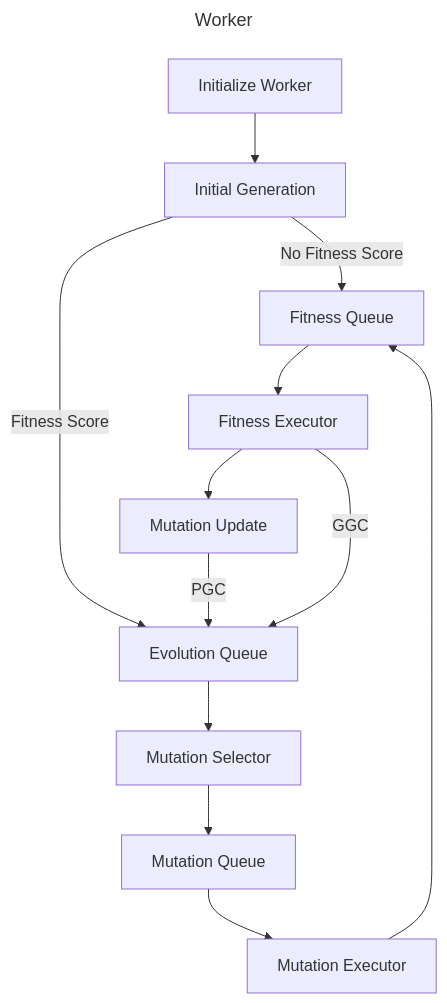
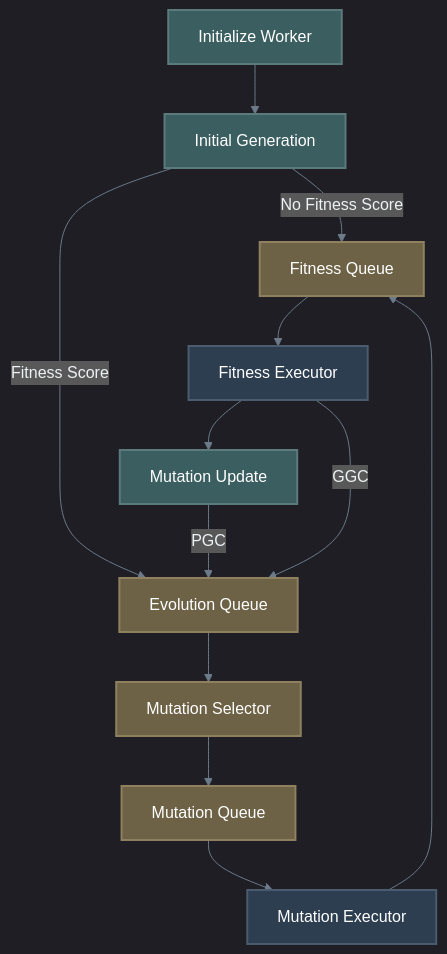
The first of 5 diagrams in docs/components/worker/workflow.md (Shapedsundew9/erasmus-gp), drawn with Mermaid before and after one commit. The commit also changed other lines of this file and 21 other files, not shown here.

First line of the commit message:
Enhance Mermaid Diagrams and Color Consistency Across Documentation

````diff
--- a/docs/components/worker/workflow.md
+++ b/docs/components/worker/workflow.md
@@ -7,21 +7,21 @@
 ```mermaid
----
-title: Worker
----
+%%{init: { 'theme': 'dark', 'themeVariables': { 'lineColor': '#6c7a89', 'textColor': '#edf2f4', 'mainBkg': '#2b2d42', 'primaryBorderColor': '#4a4e69' }}}%%
+flowchart TB
+    %% Base/Default (Dark Slate)
+    classDef default fill:#2b2d42,stroke:#4a4e69,stroke-width:2px,color:#edf2f4
+    classDef dataTeal fill:#3b5e60,stroke:#5b7a7c,stroke-width:2px,color:#ffffff
+    classDef dataGold fill:#6e6246,stroke:#8f8160,stroke-width:2px,color:#ffffff
+    classDef dataNavy fill:#2c3e50,stroke:#4a5c6e,stroke-width:2px,color:#ffffff
 
-flowchart TB
-    IP["Initialize Worker"] --> IG["Initial Generation"]
-    IG -- No Fitness Score --> FQ["Fitness Queue"]
-    IG -- Fitness Score --> EQ["Evolution Queue"]
-    FQ --> FE["Fitness Executor"]
-    FE --> MU["Mutation Update"]
+    IP["Initialize Worker"]:::dataTeal --> IG["Initial Generation"]:::dataTeal
+    IG -- No Fitness Score --> FQ["Fitness Queue"]:::dataGold
+    IG -- Fitness Score --> EQ["Evolution Queue"]:::dataGold
+    FQ --> FE["Fitness Executor"]:::dataNavy
+    FE --> MU["Mutation Update"]:::dataTeal
     MU -- PGC --> EQ
     FE -- GGC --> EQ
-    EQ --> MS["Mutation Selector"]
-    MS --> MQ["Mutation Queue"]
-    MQ --> ME["Mutation Executor"]
+    EQ --> MS["Mutation Selector"]:::dataGold
+    MS --> MQ["Mutation Queue"]:::dataGold
+    MQ --> ME["Mutation Executor"]:::dataNavy
     ME --> FQ
-    classDef lightgrey fill:#888888,stroke:#333,stroke-width:3px
-    classDef red fill:#FF0000,stroke:#333,stroke-width:1px
-    classDef blue fill:#0000FF,stroke:#333,stroke-width:1px
 ```
````
